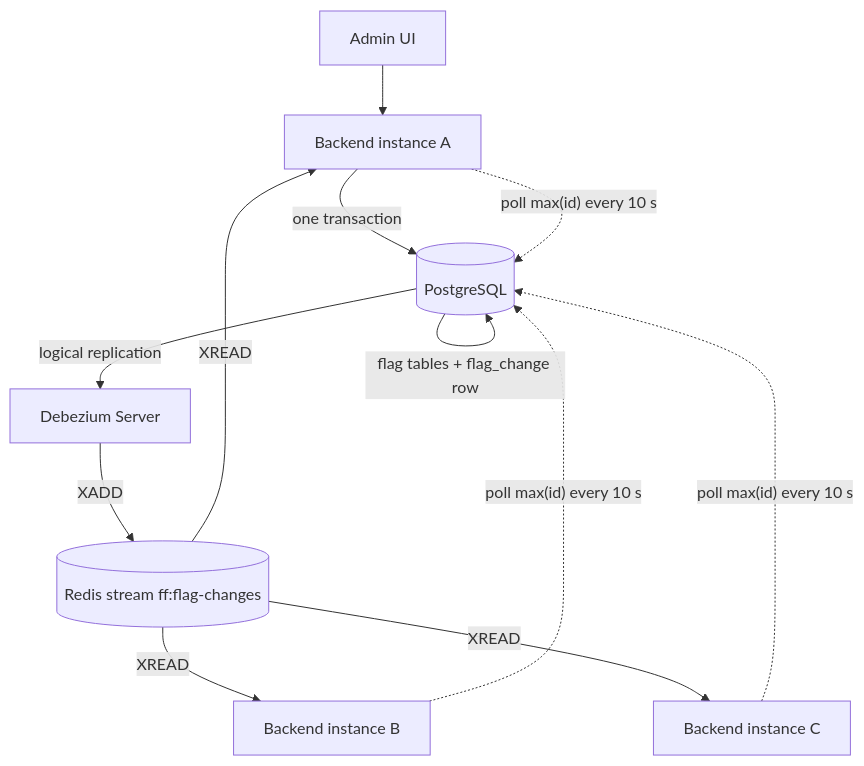
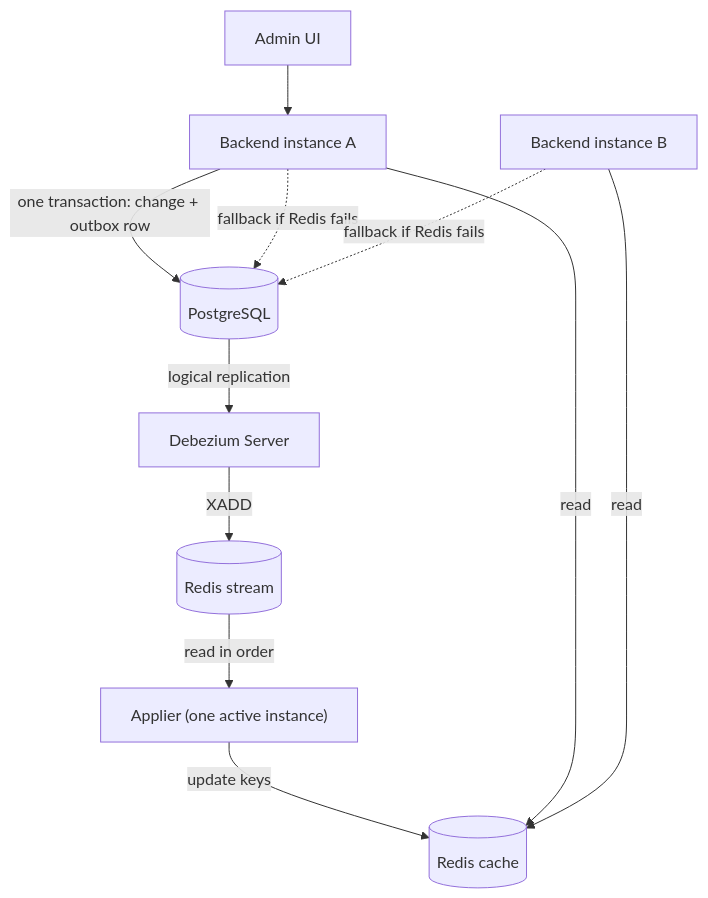
The diagram in docs/specs/003-high-availability/SPEC.md (brakebg/feature-flag-system), drawn with Mermaid before and after one commit. The commit also changed other lines of this file and 2 other files, not shown here.

Commit message:
Spec 003 draft: shared Redis cache design (applier, fallback to database, ETag in Redis)

````diff
--- a/docs/specs/003-high-availability/SPEC.md
+++ b/docs/specs/003-high-availability/SPEC.md
@@ -42,14 +44,13 @@
 ```mermaid
 flowchart TD
     UI[Admin UI] --> A[Backend instance A]
-    A -->|one transaction| PG[(PostgreSQL)]
-    PG -->|"flag tables + flag_change row"| PG
+    A -->|"one transaction: change + outbox row"| PG[(PostgreSQL)]
     PG -->|logical replication| DBZ[Debezium Server]
-    DBZ -->|XADD| RS[(Redis stream ff:flag-changes)]
-    RS -->|XREAD| A
-    RS -->|XREAD| B[Backend instance B]
-    RS -->|XREAD| C[Backend instance C]
-    B -.->|"poll max(id) every 10 s"| PG
-    C -.->|"poll max(id) every 10 s"| PG
-    A -.->|"poll max(id) every 10 s"| PG
+    DBZ -->|XADD| RS[(Redis stream)]
+    RS -->|"read in order"| AP["Applier (one active instance)"]
+    AP -->|"update keys"| RC[(Redis cache)]
+    A -->|read| RC
+    B[Backend instance B] -->|read| RC
+    A -.->|"fallback if Redis fails"| PG
+    B -.->|"fallback if Redis fails"| PG
 ```
````
